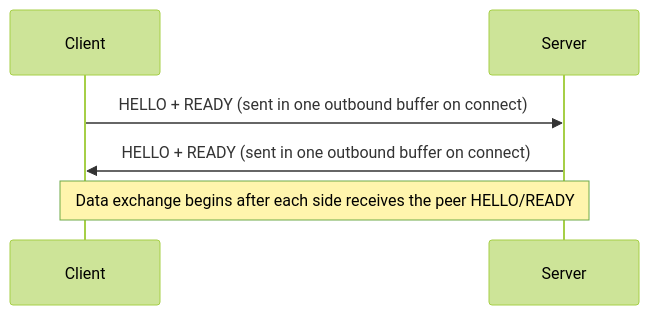
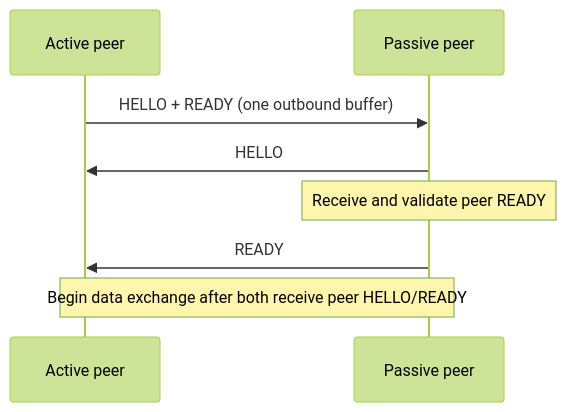
One commit to zlink-systems/zlink changed the first of 2 diagrams in core/doc/spec/core/protocol/01-zmp.en.md. Above: the diagram before and after it, drawn with Mermaid (forest theme). The commit also changed other lines of this file and 74 other files, not shown here.

````diff
--- a/core/doc/spec/core/protocol/01-zmp.en.md
+++ b/core/doc/spec/core/protocol/01-zmp.en.md
@@ -71,9 +108,11 @@
 ```mermaid
 sequenceDiagram
-    participant C as Client
-    participant S as Server
+    participant A as Active peer
+    participant P as Passive peer
 
-    C->>S: HELLO + READY (sent in one outbound buffer on connect)
-    S->>C: HELLO + READY (sent in one outbound buffer on connect)
-    Note over C,S: Data exchange begins after each side receives the peer HELLO/READY
+    A->>P: HELLO + READY (one outbound buffer)
+    P->>A: HELLO
+    Note over P: Receive and validate peer READY
+    P->>A: READY
+    Note over A,P: Begin data exchange after both receive peer HELLO/READY
 ```
````
